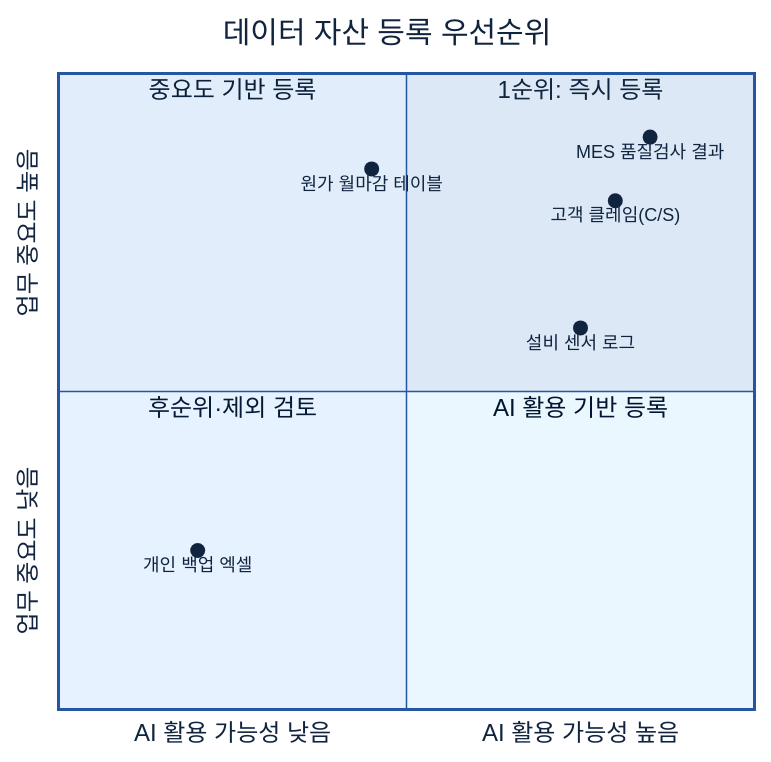
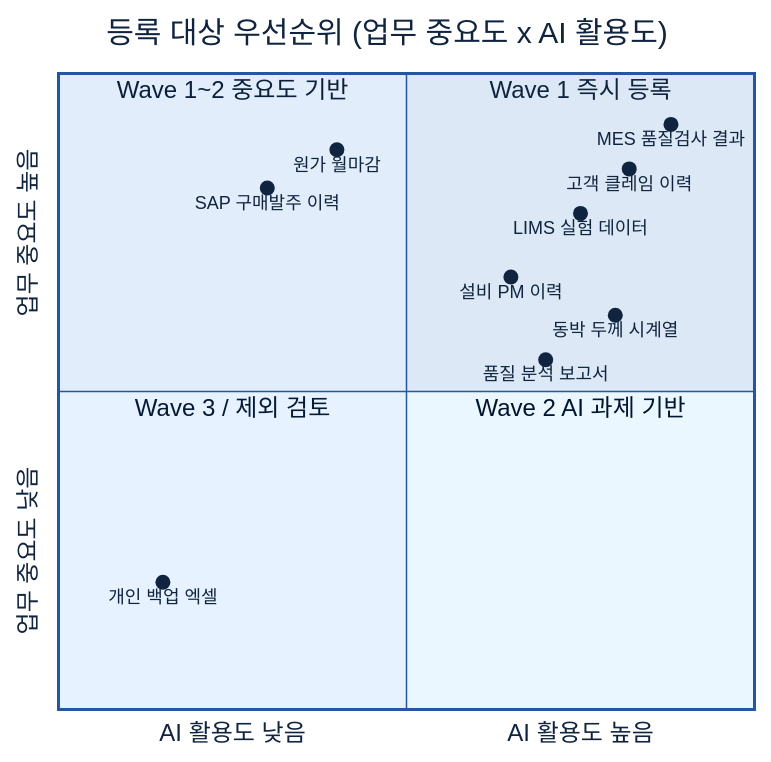
The eighth of 16 diagrams in A-1 데이터 카탈로그.md (jin-kearney/ai-ready-data-manual), drawn with Mermaid before and after one commit. The commit also changed other lines of this file and 1 other file, not shown here.

First line of the commit message:
feat(A-1): 데이터 카탈로그 가이드 심화 (멀티 에이전트 작성 v0.2)

````diff
--- a/A-1 데이터 카탈로그.md
+++ b/A-1 데이터 카탈로그.md
@@ -186,16 +654,20 @@
 ```mermaid
 %%{init: {'theme':'base','themeVariables':{'primaryColor':'#DCE8F5','primaryBorderColor':'#2456A4','primaryTextColor':'#10243f','lineColor':'#2456A4','fontSize':'13px'}}}%%
 quadrantChart
-    title 데이터 자산 등록 우선순위
-    x-axis "AI 활용 가능성 낮음" --> "AI 활용 가능성 높음"
+    title 등록 대상 우선순위 (업무 중요도 x AI 활용도)
+    x-axis "AI 활용도 낮음" --> "AI 활용도 높음"
     y-axis "업무 중요도 낮음" --> "업무 중요도 높음"
-    quadrant-1 "1순위: 즉시 등록"
-    quadrant-2 "중요도 기반 등록"
-    quadrant-3 "후순위·제외 검토"
-    quadrant-4 "AI 활용 기반 등록"
-    "MES 품질검사 결과": [0.85, 0.9]
-    "고객 클레임(C/S)": [0.8, 0.8]
-    "설비 센서 로그": [0.75, 0.6]
-    "원가 월마감 테이블": [0.45, 0.85]
-    "개인 백업 엑셀": [0.2, 0.25]
+    quadrant-1 "Wave 1 즉시 등록"
+    quadrant-2 "Wave 1~2 중요도 기반"
+    quadrant-3 "Wave 3 / 제외 검토"
+    quadrant-4 "Wave 2 AI 과제 기반"
+    "MES 품질검사 결과": [0.88, 0.92]
+    "고객 클레임 이력": [0.82, 0.85]
+    "LIMS 실험 데이터": [0.75, 0.78]
+    "동박 두께 시계열": [0.80, 0.62]
+    "설비 PM 이력": [0.65, 0.68]
+    "원가 월마감": [0.40, 0.88]
+    "SAP 구매발주 이력": [0.30, 0.82]
+    "품질 분석 보고서": [0.70, 0.55]
+    "개인 백업 엑셀": [0.15, 0.20]
 ```
````
